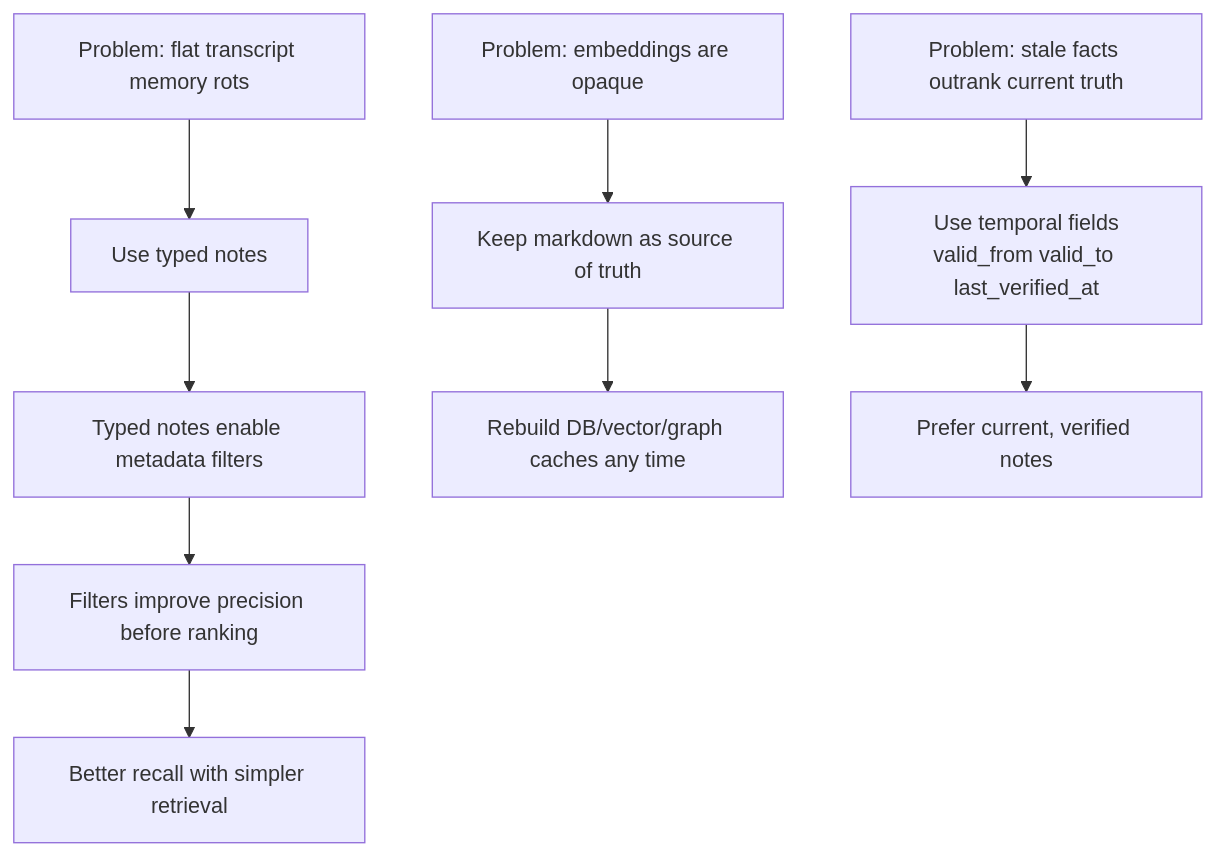
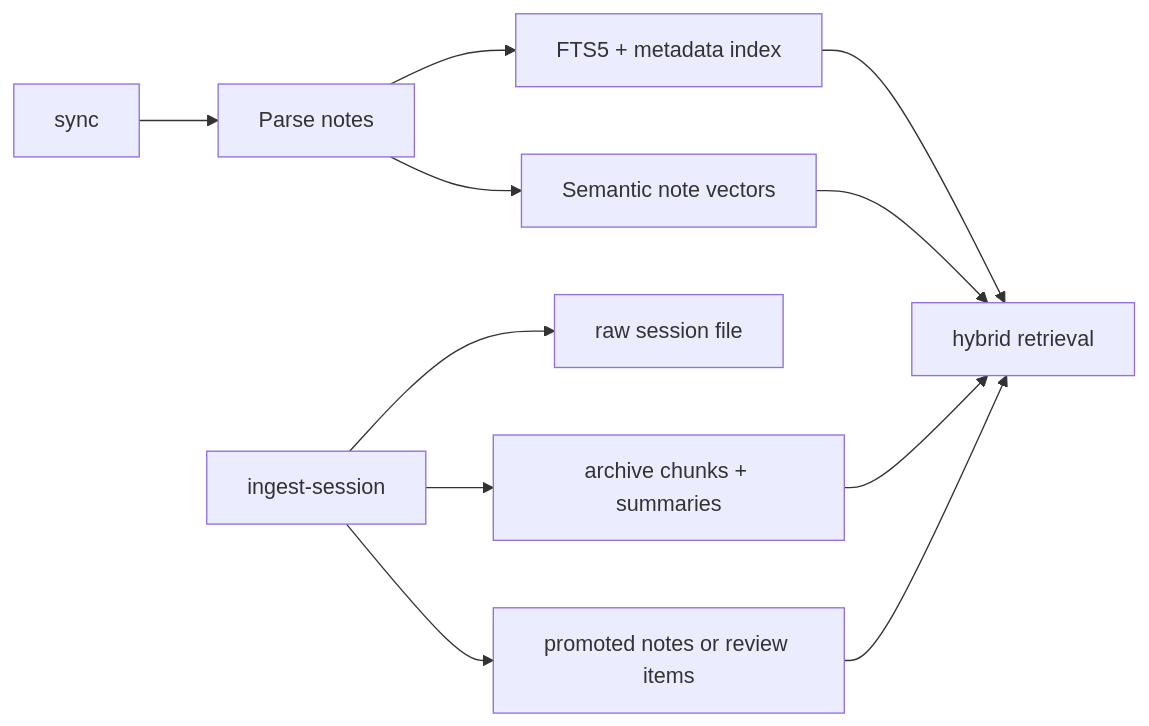
The fourth of 7 diagrams in README.md (Jianyu010/MnemonicOS), drawn with Mermaid before and after one commit. The commit also changed other lines of this file and 19 other files, not shown here.

````diff
--- a/README.md
+++ b/README.md
@@ -63,13 +53,13 @@
 ```mermaid
-flowchart TD
-    A["Problem: flat transcript memory rots"] --> B["Use typed notes"]
-    B --> C["Typed notes enable metadata filters"]
-    C --> D["Filters improve precision before ranking"]
-    D --> E["Better recall with simpler retrieval"]
-
-    F["Problem: embeddings are opaque"] --> G["Keep markdown as source of truth"]
-    G --> H["Rebuild DB/vector/graph caches any time"]
-
-    I["Problem: stale facts outrank current truth"] --> J["Use temporal fields<br/>valid_from valid_to last_verified_at"]
-    J --> K["Prefer current, verified notes"]
+flowchart LR
+    A["sync"] --> B["Parse notes"]
+    B --> C["FTS5 + metadata index"]
+    B --> D["Semantic note vectors"]
+    E["ingest-session"] --> F["raw session file"]
+    E --> G["archive chunks + summaries"]
+    E --> H["promoted notes or review items"]
+    C --> I["hybrid retrieval"]
+    D --> I
+    G --> I
+    H --> I
 ```
````
